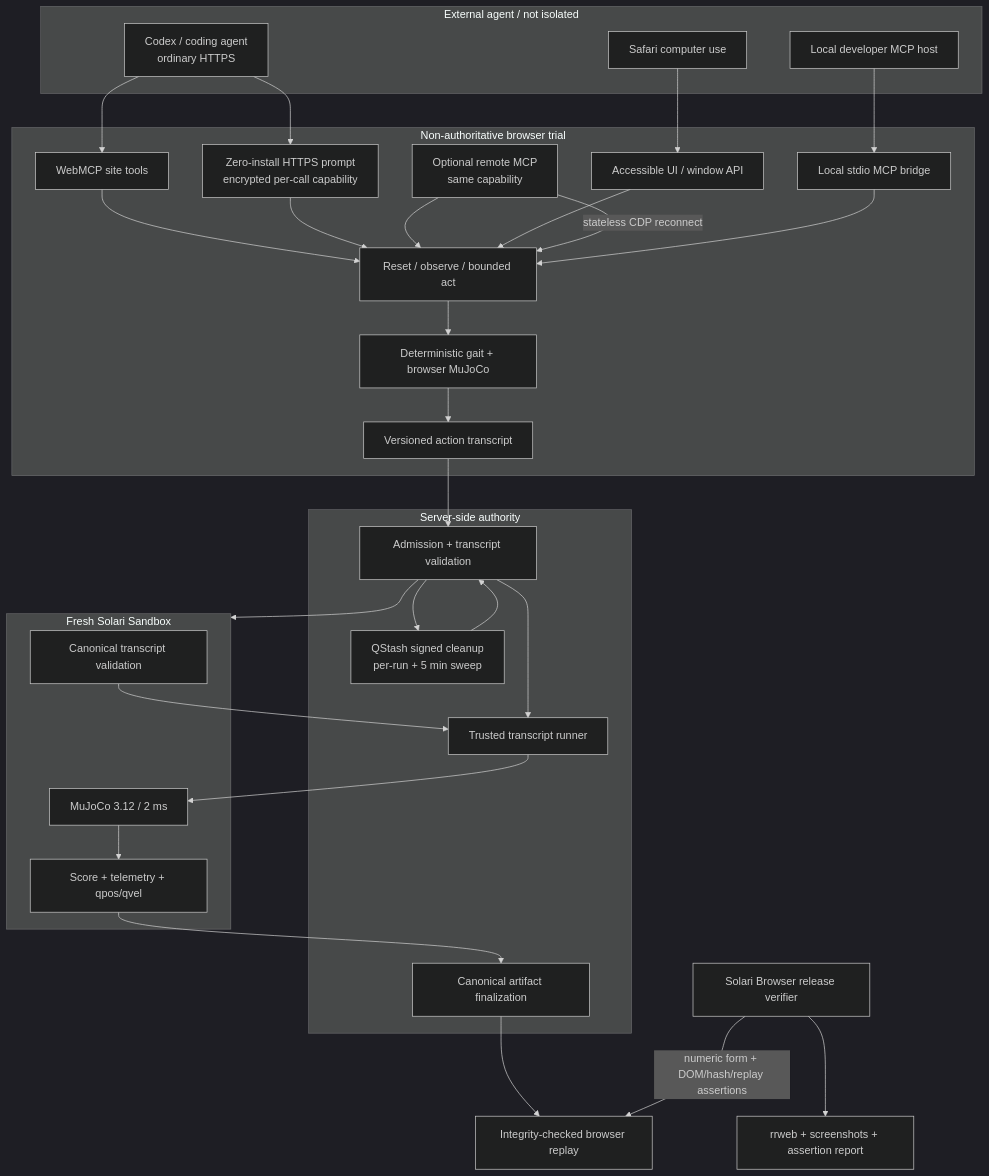
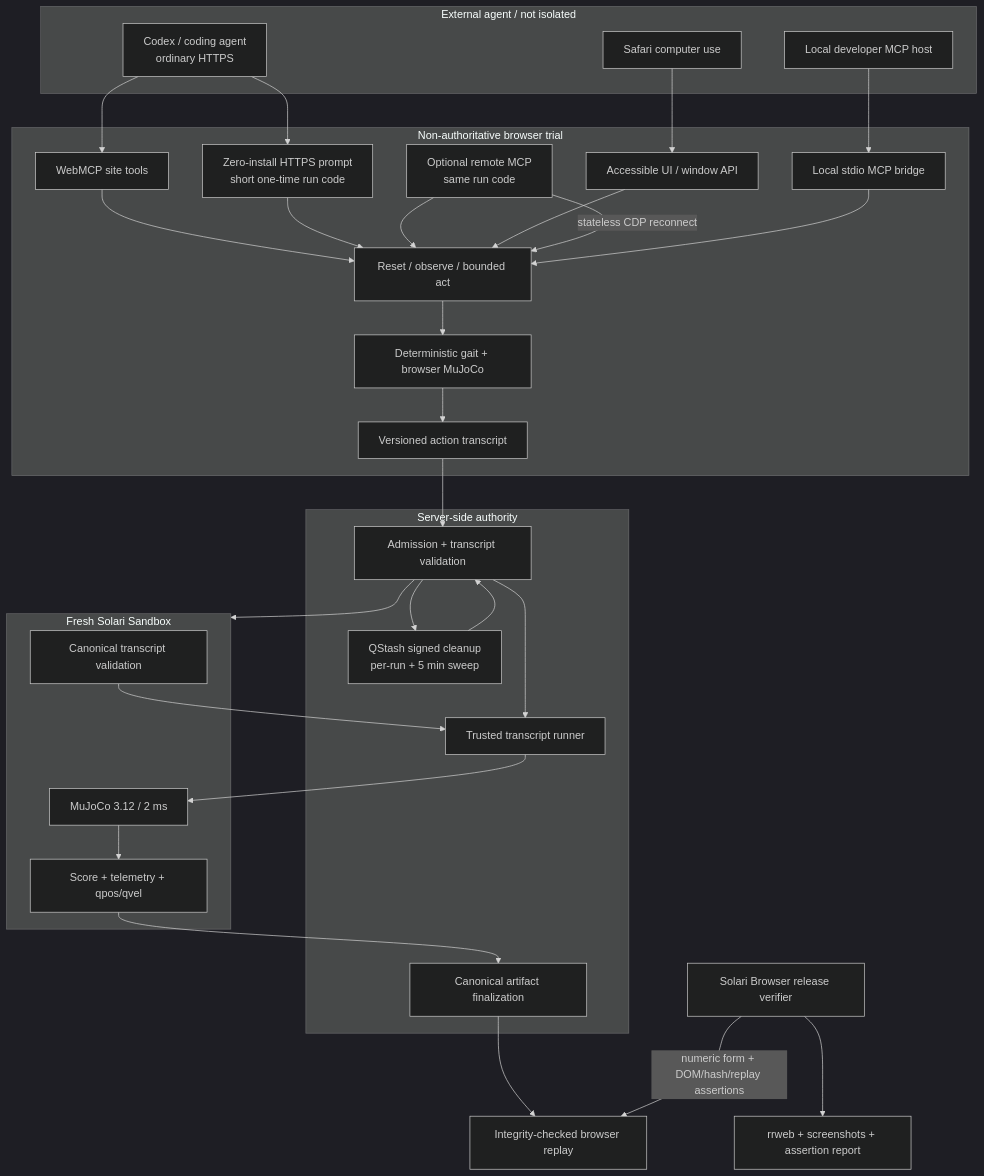
One commit to EXO-Robotics/solari-agent-arena changed the diagram in docs/ARCHITECTURE.md. Above: the diagram before and after it, drawn with Mermaid (dark theme). The commit also changed other lines of this file and 7 other files, not shown here.

Commit message:
Document public short-code Luna qualification

````diff
--- a/docs/ARCHITECTURE.md
+++ b/docs/ARCHITECTURE.md
@@ -5,50 +5,50 @@
 ```mermaid
 flowchart TB
   subgraph Agent[External agent / not isolated]
     C[Codex / coding agent<br/>ordinary HTTPS]
     L[Local developer MCP host]
     S[Safari computer use]
   end
   subgraph Browser[Non-authoritative browser trial]
     W[WebMCP site tools]
-    H[Zero-install HTTPS prompt<br/>encrypted per-call capability]
-    M[Optional remote MCP<br/>same capability]
+    H[Zero-install HTTPS prompt<br/>short one-time run code]
+    M[Optional remote MCP<br/>same run code]
     LM[Local stdio MCP bridge]
     U[Accessible UI / window API]
     O[Reset / observe / bounded act]
     P[Deterministic gait + browser MuJoCo]
     T[Versioned action transcript]
     W --> O
     H --> O
     M --> O
     U --> O
     O --> P --> T
   end
   C --> H
   C --> W
   L --> LM
   M -->|stateless CDP reconnect| O
   LM --> O
   S --> U
   T --> API
   subgraph Server[Server-side authority]
     API[Admission + transcript validation]
     R[(Redis atomic quotas<br/>active lease ledger)]
     Q[QStash signed cleanup<br/>per-run + 5 min sweep]
     F[Canonical artifact finalization]
     API --> R
     API --> Q
     Q --> API
   end
   API --> SS
   subgraph SS[Fresh Solari Sandbox]
     V[Canonical transcript validation]
     R[Trusted transcript runner]
     MU[MuJoCo 3.12 / 2 ms]
     E[Score + telemetry + qpos/qvel]
     V --> R --> MU --> E
   end
   E --> F --> VR[Integrity-checked browser replay]
   B[Solari Browser release verifier] -->|numeric form + DOM/hash/replay assertions| VR
   B --> EV[rrweb + screenshots + assertion report]
 ```
````
